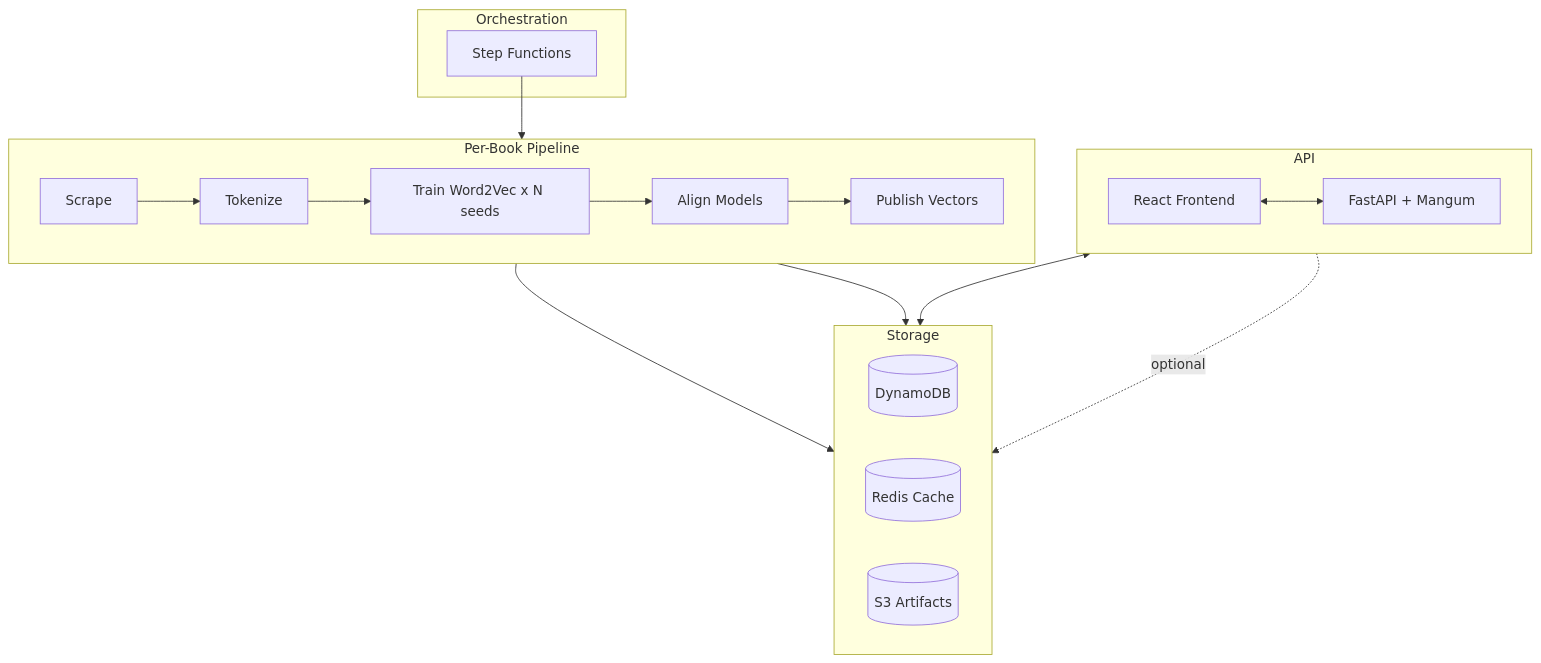
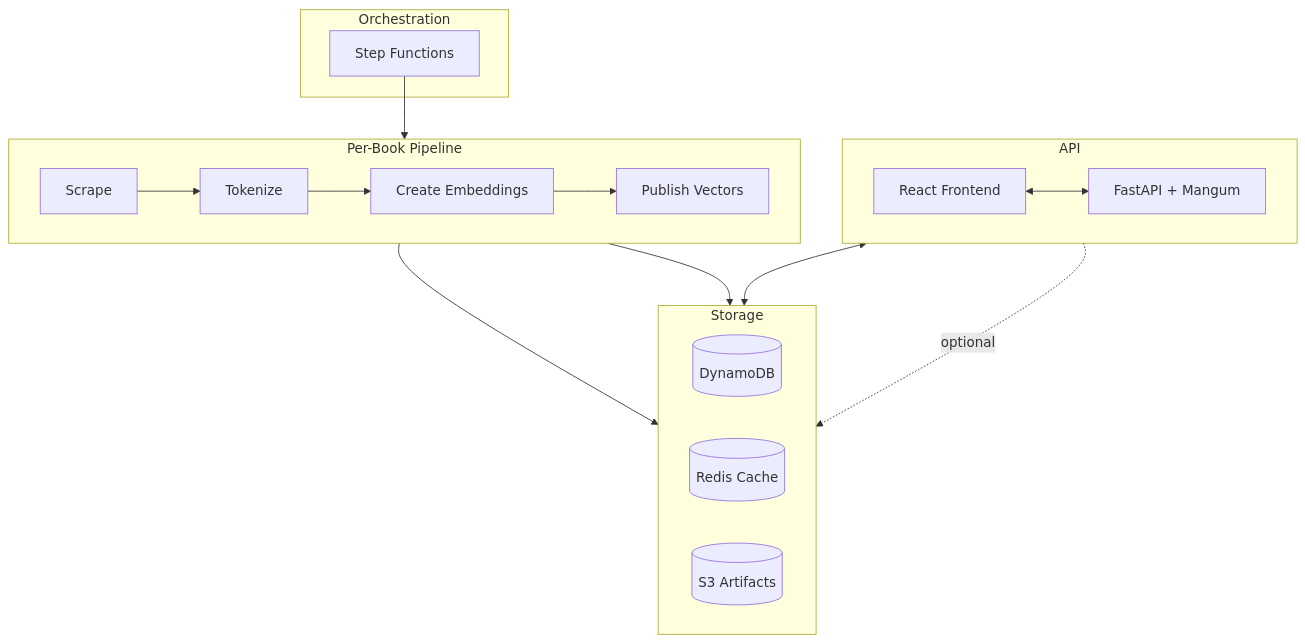
The diagram in README.md (areebms/embedding-analytics), drawn with Mermaid before and after one commit. The commit also changed 24 other files, not shown here.

Commit message:
Create service create-embeddings

````diff
--- a/README.md
+++ b/README.md
@@ -46,29 +46,29 @@
 ```mermaid
 graph TD
     subgraph Orchestration
         SF[Step Functions]
     end
 
     subgraph API
         direction LR
         UI[React Frontend] <--> FAPI[FastAPI + Mangum]
     end
 
     subgraph Storage
         direction LR
         DDB[(DynamoDB)]
         RED[(Redis Cache)]
         S3[(S3 Artifacts)]
     end
 
     subgraph Pipeline [Per-Book Pipeline]
         direction LR
-        SCR[Scrape] --> TOK[Tokenize] --> TRN["Train Word2Vec x N seeds"] --> ALN[Align Models] --> PUB[Publish Vectors]
+        SCR[Scrape] --> TOK[Tokenize] --> EMB[Create Embeddings] --> PUB[Publish Vectors]
     end
 
     SF --> Pipeline
     Pipeline --> S3
     PUB --> DDB
     FAPI <--> DDB
     FAPI -. optional .-> RED
 ```
````
